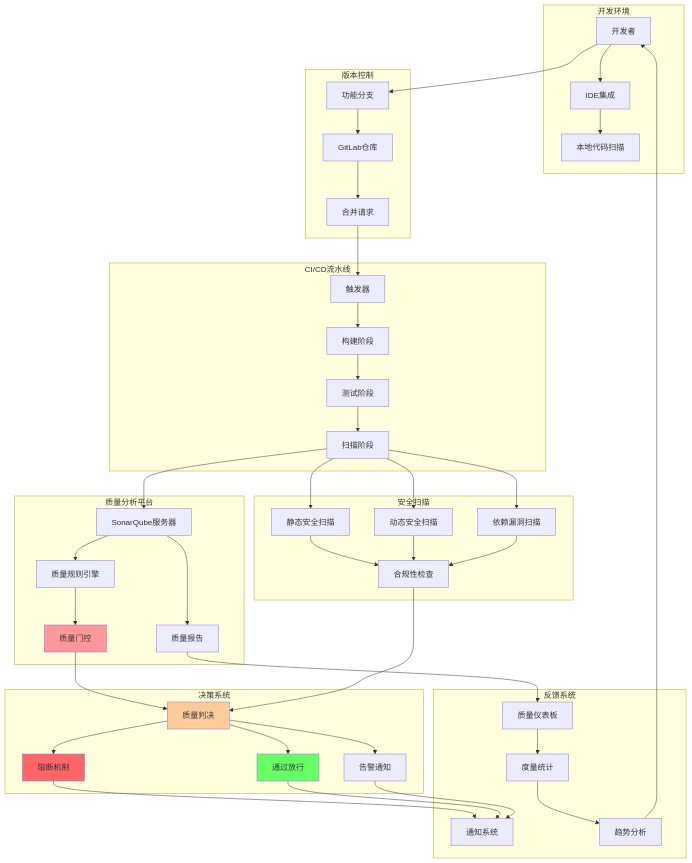
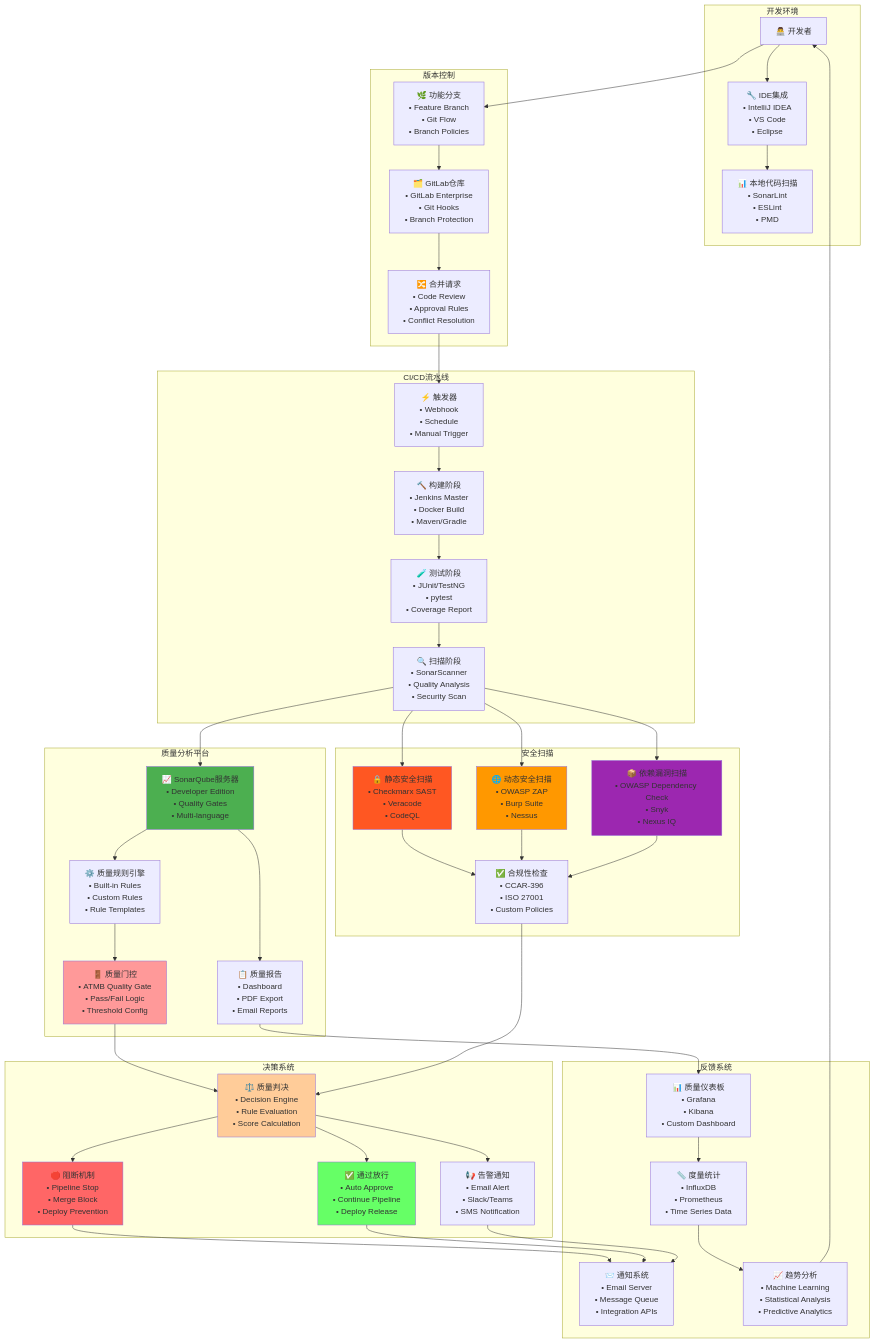
The first of 8 diagrams in 空管局/质量门控架构图.md (chuanminglu/aiworkdocs), drawn with Mermaid before and after one commit. The commit also changed other lines of this file and 4 other files, not shown here.

````diff
--- a/空管局/质量门控架构图.md
+++ b/空管局/质量门控架构图.md
@@ -11,50 +11,50 @@
 ```mermaid
 graph TB
     subgraph "开发环境"
-        DEV[开发者]
-        IDE[IDE集成]
-        LOCAL[本地代码扫描]
+        DEV[👨‍💻 开发者]
+        IDE["🔧 IDE集成<br/>• IntelliJ IDEA<br/>• VS Code<br/>• Eclipse"]
+        LOCAL["📊 本地代码扫描<br/>• SonarLint<br/>• ESLint<br/>• PMD"]
     end
     
     subgraph "版本控制"
-        GIT[GitLab仓库]
-        MR[合并请求]
-        BRANCH[功能分支]
+        GIT["🗂️ GitLab仓库<br/>• GitLab Enterprise<br/>• Git Hooks<br/>• Branch Protection"]
+        MR["🔀 合并请求<br/>• Code Review<br/>• Approval Rules<br/>• Conflict Resolution"]
+        BRANCH["🌿 功能分支<br/>• Feature Branch<br/>• Git Flow<br/>• Branch Policies"]
     end
     
     subgraph "CI/CD流水线"
-        TRIGGER[触发器]
-        BUILD[构建阶段]
-        TEST[测试阶段]
-        SCAN[扫描阶段]
+        TRIGGER["⚡ 触发器<br/>• Webhook<br/>• Schedule<br/>• Manual Trigger"]
+        BUILD["🔨 构建阶段<br/>• Jenkins Master<br/>• Docker Build<br/>• Maven/Gradle"]
+        TEST["🧪 测试阶段<br/>• JUnit/TestNG<br/>• pytest<br/>• Coverage Report"]
+        SCAN["🔍 扫描阶段<br/>• SonarScanner<br/>• Quality Analysis<br/>• Security Scan"]
     end
     
     subgraph "质量分析平台"
-        SONAR[SonarQube服务器]
-        RULES[质量规则引擎]
-        GATE[质量门控]
-        REPORT[质量报告]
+        SONAR["📈 SonarQube服务器<br/>• Developer Edition<br/>• Quality Gates<br/>• Multi-language"]
+        RULES["⚙️ 质量规则引擎<br/>• Built-in Rules<br/>• Custom Rules<br/>• Rule Templates"]
+        GATE["🚪 质量门控<br/>• ATMB Quality Gate<br/>• Pass/Fail Logic<br/>• Threshold Config"]
+        REPORT["📋 质量报告<br/>• Dashboard<br/>• PDF Export<br/>• Email Reports"]
     end
     
     subgraph "安全扫描"
-        SAST[静态安全扫描]
-        DAST[动态安全扫描]
-        DEP[依赖漏洞扫描]
-        COMP[合规性检查]
+        SAST["🔒 静态安全扫描<br/>• Checkmarx SAST<br/>• Veracode<br/>• CodeQL"]
+        DAST["🌐 动态安全扫描<br/>• OWASP ZAP<br/>• Burp Suite<br/>• Nessus"]
+        DEP["📦 依赖漏洞扫描<br/>• OWASP Dependency Check<br/>• Snyk<br/>• Nexus IQ"]
+        COMP["✅ 合规性检查<br/>• CCAR-396<br/>• ISO 27001<br/>• Custom Policies"]
     end
     
     subgraph "决策系统"
-        JUDGE[质量判决]
-        BLOCK[阻断机制]
-        PASS[通过放行]
-        ALERT[告警通知]
+        JUDGE["⚖️ 质量判决<br/>• Decision Engine<br/>• Rule Evaluation<br/>• Score Calculation"]
+        BLOCK["🛑 阻断机制<br/>• Pipeline Stop<br/>• Merge Block<br/>• Deploy Prevention"]
+        PASS["✅ 通过放行<br/>• Auto Approve<br/>• Continue Pipeline<br/>• Deploy Release"]
+        ALERT["📢 告警通知<br/>• Email Alert<br/>• Slack/Teams<br/>• SMS Notification"]
     end
     
     subgraph "反馈系统"
-        DASH[质量仪表板]
-        NOTIF[通知系统]
-        METRICS[度量统计]
-        TREND[趋势分析]
+        DASH["📊 质量仪表板<br/>• Grafana<br/>• Kibana<br/>• Custom Dashboard"]
+        NOTIF["📨 通知系统<br/>• Email Server<br/>• Message Queue<br/>• Integration APIs"]
+        METRICS["📏 度量统计<br/>• InfluxDB<br/>• Prometheus<br/>• Time Series Data"]
+        TREND["📈 趋势分析<br/>• Machine Learning<br/>• Statistical Analysis<br/>• Predictive Analytics"]
     end
     
     DEV --> IDE
@@ -97,4 +97,8 @@
     style JUDGE fill:#ffcc99
     style BLOCK fill:#ff6666
     style PASS fill:#66ff66
+    style SONAR fill:#4CAF50
+    style SAST fill:#FF5722
+    style DAST fill:#FF9800
+    style DEP fill:#9C27B0
 ```
````
